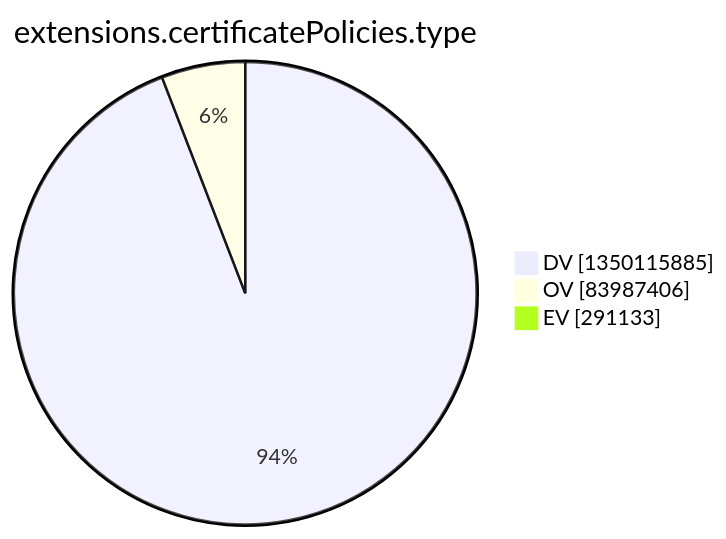
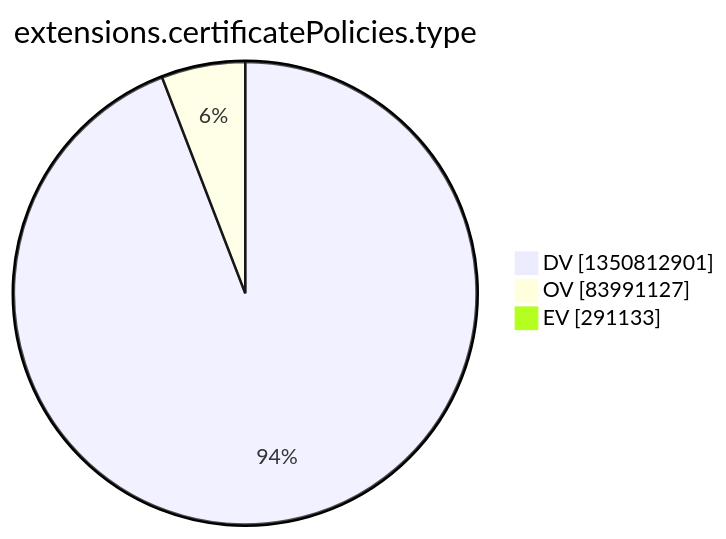
Before and after one commit to christiankrug/ctmonitor_visualization: the tenth of 15 diagrams in argon2022/README.md, drawn with Mermaid. The commit also changed other lines of this file, not shown here.

````diff
--- a/argon2022/README.md
+++ b/argon2022/README.md
@@ -2773,7 +2773,7 @@
 ```mermaid
 pie showData
 title extensions.certificatePolicies.type
-"DV" :1350115885
-"OV" :83987406
+"DV" :1350812901
+"OV" :83991127
 "EV" :291133
 ```
````
